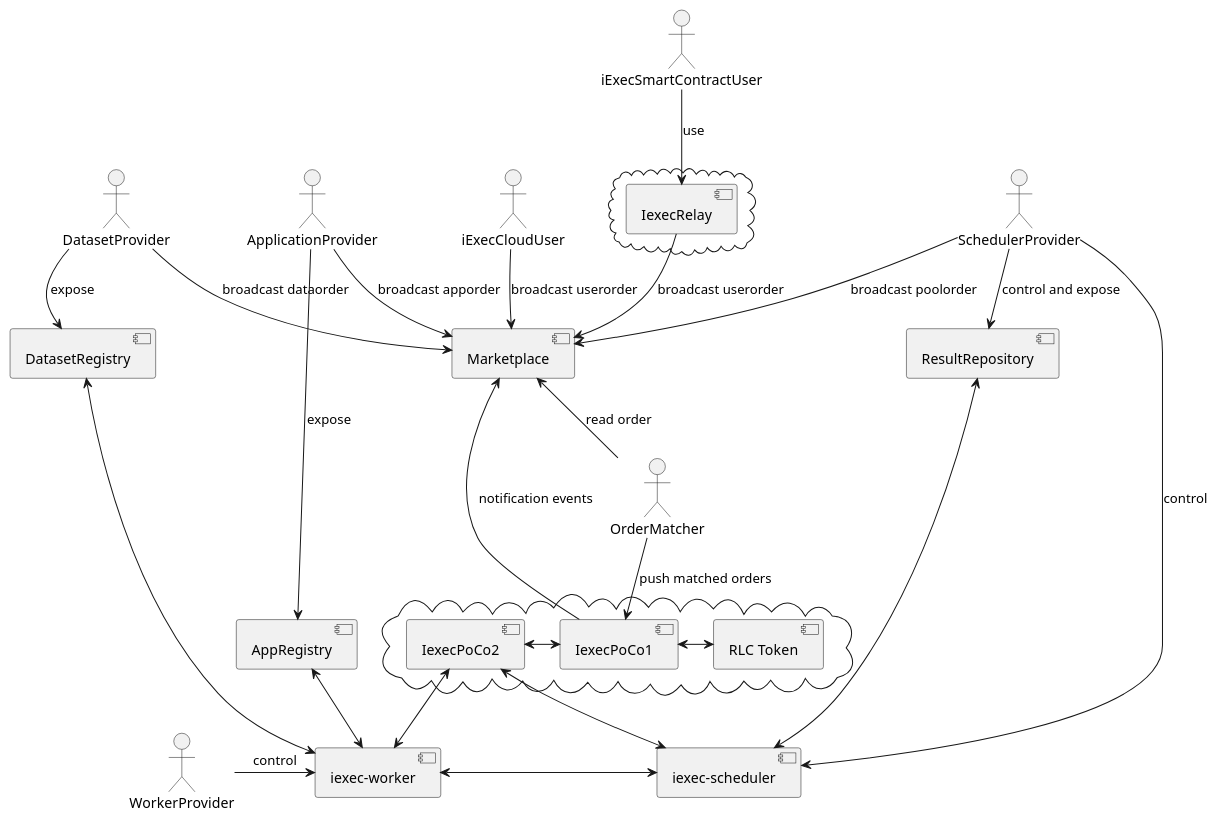
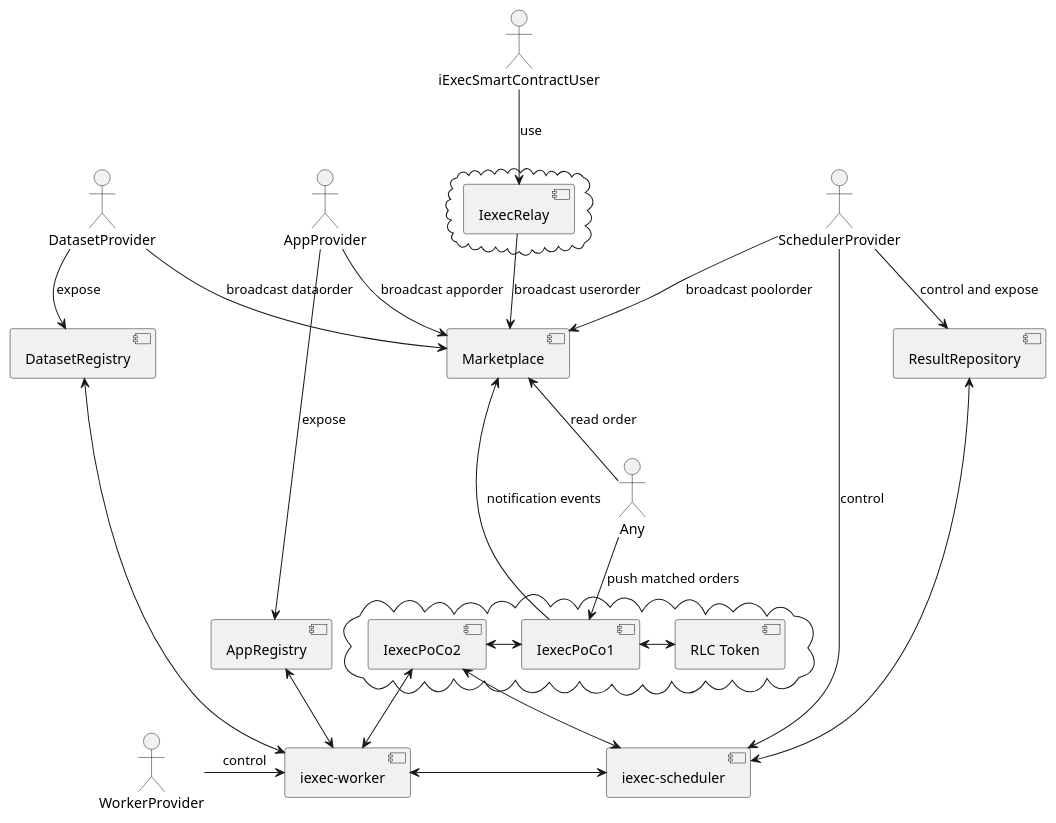
Before and after one commit to iExecBlockchainComputing/PoCo: the diagram in uml/architecture-ODB.puml, drawn with PlantUML. The commit also changed 1 other file, not shown here.

Commit message:
update user

```diff
--- a/uml/architecture-ODB.puml
+++ b/uml/architecture-ODB.puml
@@ -1,58 +1,56 @@
 @startuml
-:iExecCloudUser:
 :iExecSmartContractUser:
-:ApplicationProvider:
+:AppProvider:
 :DatasetProvider:
 :SchedulerProvider:
 :WorkerProvider:
-:OrderMatcher:
+:Any:
 
 cloud {
 [IexecRelay]
 }
 component [IexecRelay]
 iExecSmartContractUser -down-> [IexecRelay]: use
 
 component [Marketplace]
 [IexecRelay] -down-> [Marketplace]: broadcast userorder
-iExecCloudUser -down-> [Marketplace]: broadcast userorder
-ApplicationProvider -down-> [Marketplace]: broadcast apporder
+AppProvider -down-> [Marketplace]: broadcast apporder
 DatasetProvider -down-> [Marketplace]: broadcast dataorder
 SchedulerProvider -down-> [Marketplace]: broadcast poolorder
-OrderMatcher -up-> [Marketplace]: read order
+Any -up-> [Marketplace]: read order
 
 cloud {
 [IexecPoCo1]
 [IexecPoCo2]
 [RLC Token]
 }
 component [IexecPoCo1]
 component [IexecPoCo2]
 component [RLC Token]
 [IexecPoCo2] <-right-> [IexecPoCo1]
 [IexecPoCo1] <-right-> [RLC Token]
 
-OrderMatcher -down-> [IexecPoCo1]: push matched orders
+Any -down-> [IexecPoCo1]: push matched orders
 [IexecPoCo1] -up-> [Marketplace]: notification events
 
 [iexec-scheduler] <-up-> [IexecPoCo2]
 [iexec-worker] <-up-> [IexecPoCo2]
 
 component [AppRegistry]
 component [DatasetRegistry]
 component [iexec-scheduler]
 component [iexec-worker]
 component [ResultRepository]
 
-ApplicationProvider -down-> AppRegistry: expose
+AppProvider -down-> AppRegistry: expose
 DatasetProvider -down-> DatasetRegistry: expose
 SchedulerProvider -down-> [iexec-scheduler]: control
 SchedulerProvider -down-> [ResultRepository]: control and expose
 ResultRepository <-right-> [iexec-scheduler]
 
 [WorkerProvider] -right-> [iexec-worker]: control
 
 [iexec-worker] <-right-> [iexec-scheduler]
 [iexec-worker] <-up-> [AppRegistry]
 [iexec-worker] <-up-> [DatasetRegistry]
 @enduml
```
